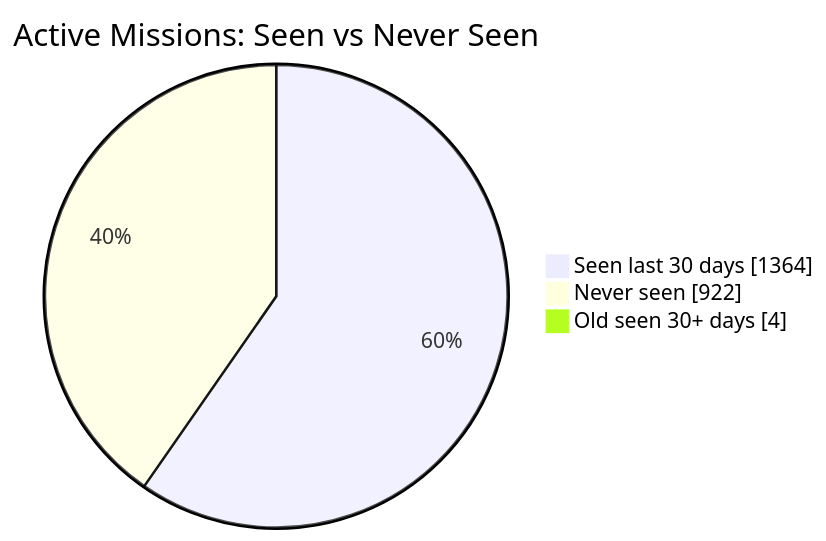
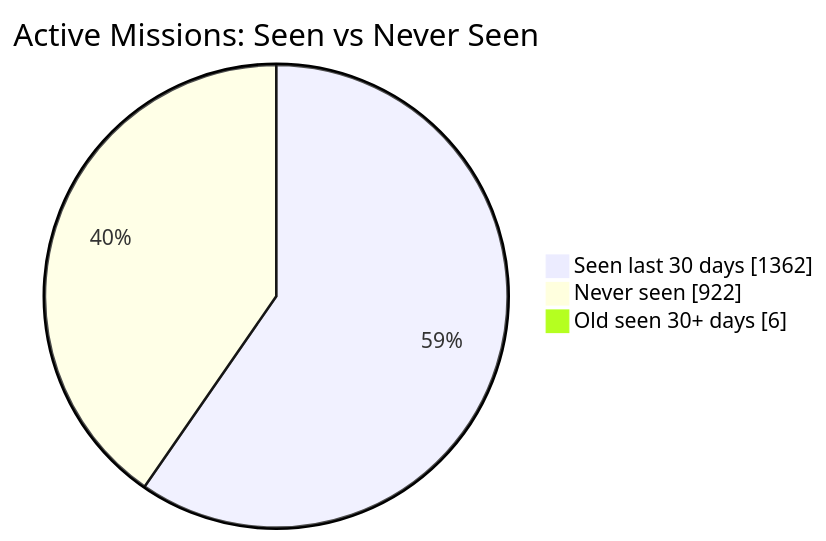
Before and after one commit to MeldkamerspelGameTeam/active-missions: the first of 2 diagrams in README.md, drawn with Mermaid. The commit also changed other lines of this file and 3 other files, not shown here.

````diff
--- a/README.md
+++ b/README.md
@@ -34,7 +34,7 @@
 ```mermaid
 pie showData
     title Active Missions: Seen vs Never Seen
-    "Seen last 30 days" : 1364
+    "Seen last 30 days" : 1362
     "Never seen" : 922
-    "Old seen 30+ days" : 4
+    "Old seen 30+ days" : 6
 ```
````
